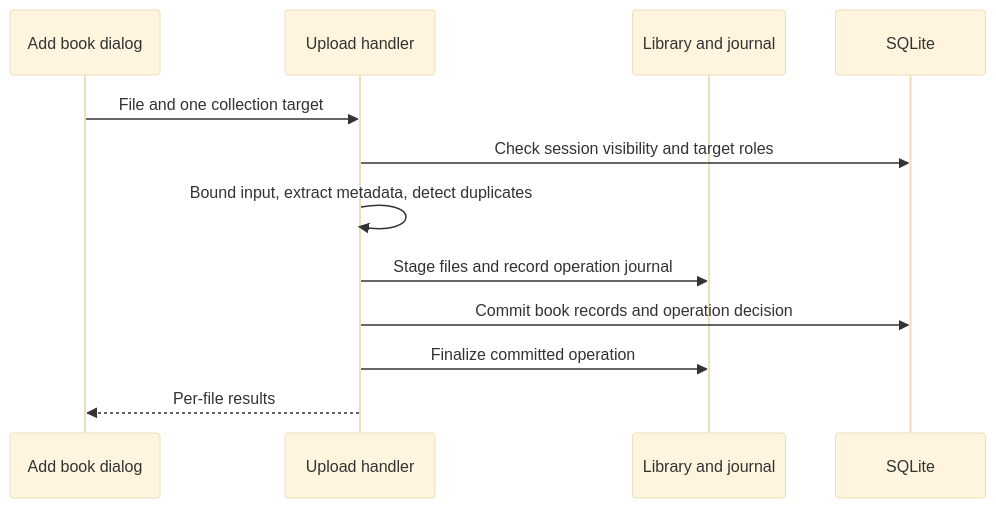
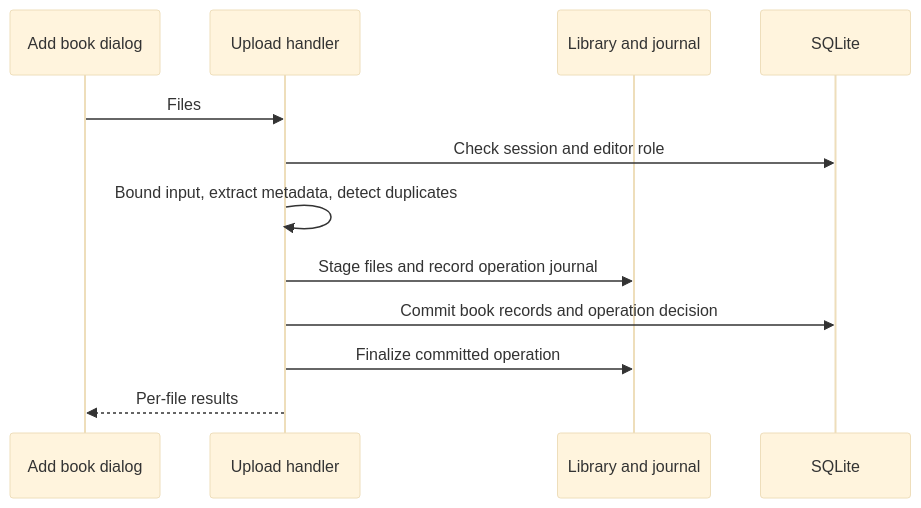
One commit to lancewilhelm/delb changed the diagram in docs/developing/core-workflows.md. Above: the diagram before and after it, drawn with Mermaid (base theme). The commit also changed other lines of this file and 192 other files, not shown here.

First line of the commit message:
feat: collapse collections into one library with server roles and tag visibility rules

````diff
--- a/docs/developing/core-workflows.md
+++ b/docs/developing/core-workflows.md
@@ -27,14 +27,14 @@
 ```mermaid
 sequenceDiagram
     participant UI as Add book dialog
     participant API as Upload handler
     participant FS as Library and journal
     participant DB as SQLite
-    UI->>API: File and one collection target
-    API->>DB: Check session visibility and target roles
+    UI->>API: Files
+    API->>DB: Check session and editor role
     API->>API: Bound input, extract metadata, detect duplicates
     API->>FS: Stage files and record operation journal
     API->>DB: Commit book records and operation decision
     API->>FS: Finalize committed operation
     API-->>UI: Per-file results
 ```
````
